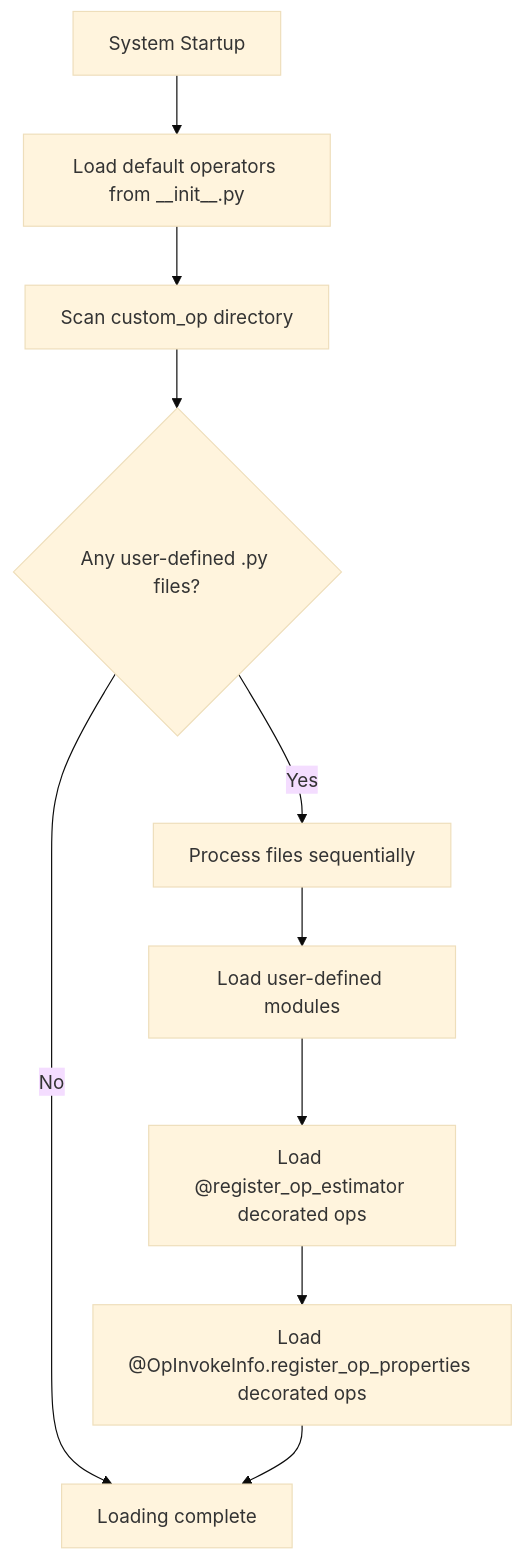
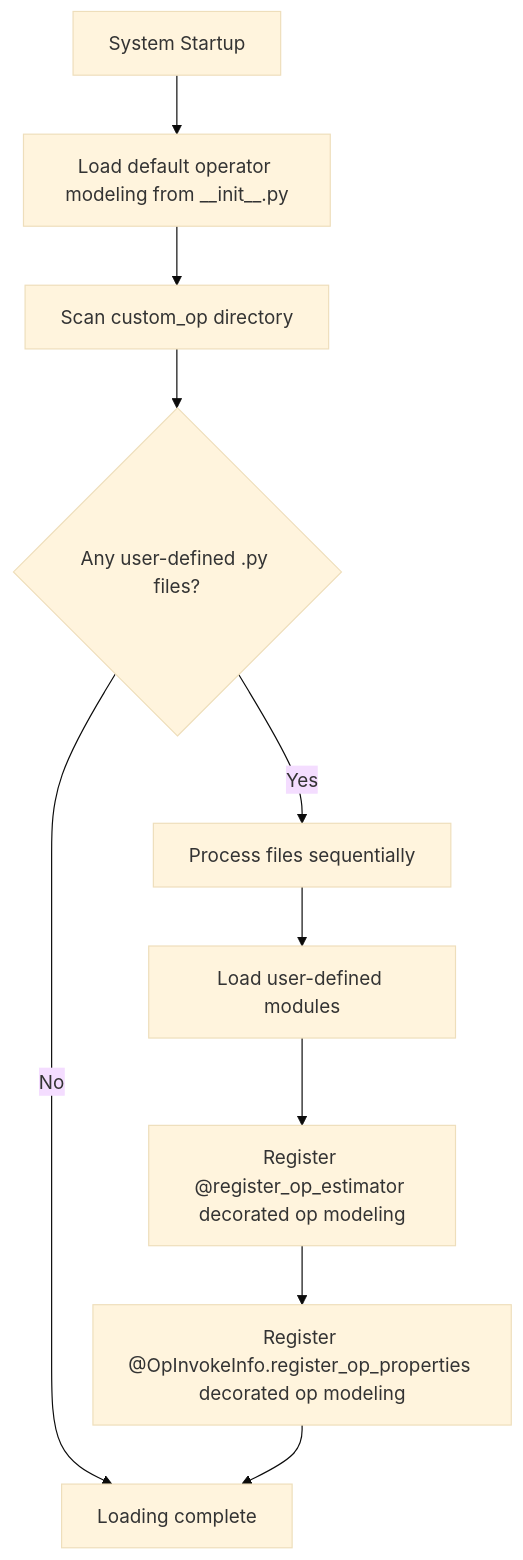
The second of 2 diagrams in docs/RFC/rfc_custom_operator_modeling_support_en.md (Horacehxw/msModeling), drawn with Mermaid (base theme) before and after one commit. The commit also changed other lines of this file and 2 other files, not shown here.

Commit message:
Update diagram in RFC

````diff
--- a/docs/RFC/rfc_custom_operator_modeling_support_en.md
+++ b/docs/RFC/rfc_custom_operator_modeling_support_en.md
@@ -38,12 +57,12 @@
 ```mermaid
 graph TD
-    A[System Startup] --> B[Load default operators from __init__.py]
+    A[System Startup] --> B[Load default operator modeling from __init__.py]
     B --> C[Scan custom_op directory]
     C --> D{Any user-defined .py files?}
     D -->|No| E[Loading complete]
     D -->|Yes| F[Process files sequentially]
     F --> G[Load user-defined modules]
-    G --> H[Load @register_op_estimator decorated ops]
-    H --> I[Load @OpInvokeInfo.register_op_properties decorated ops]
+    G --> H[Register @register_op_estimator decorated op modeling]
+    H --> I[Register @OpInvokeInfo.register_op_properties decorated op modeling]
     I --> E[Loading complete]
 ```
````
